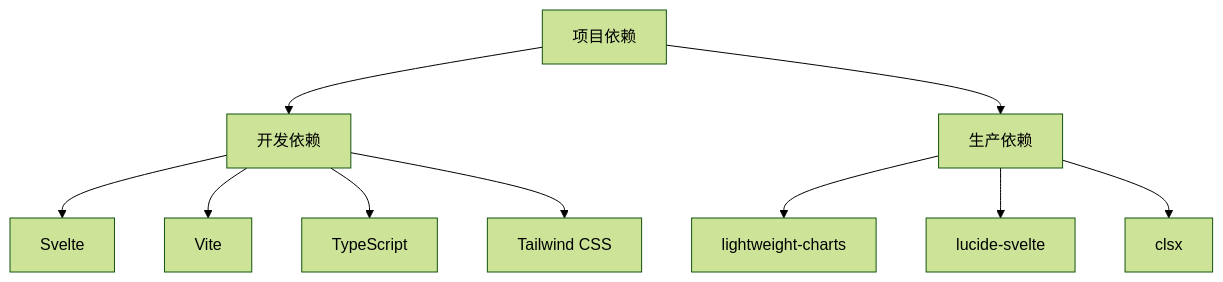
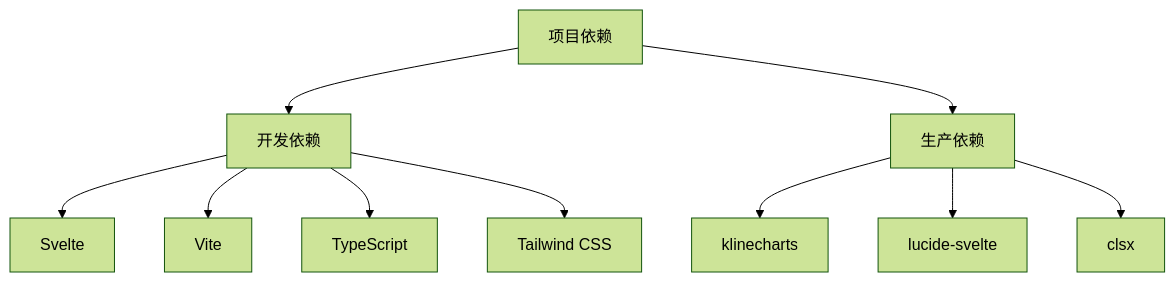
The first of 10 diagrams in doc/前端架构/构建流程与工具链/依赖管理与脚本命令.md (yjydmlh/turtle), drawn with Mermaid (forest theme) before and after one commit. The commit also changed other lines of this file and 9 other files, not shown here.

````diff
--- a/doc/前端架构/构建流程与工具链/依赖管理与脚本命令.md
+++ b/doc/前端架构/构建流程与工具链/依赖管理与脚本命令.md
@@ -26,12 +26,12 @@
 ```mermaid
 graph TD
 A[项目依赖] --> B[开发依赖]
 A --> C[生产依赖]
 B --> D[Svelte]
 B --> E[Vite]
 B --> F[TypeScript]
 B --> G[Tailwind CSS]
-C --> H[lightweight-charts]
+C --> H[klinecharts]
 C --> I[lucide-svelte]
 C --> J[clsx]
 ```
````
